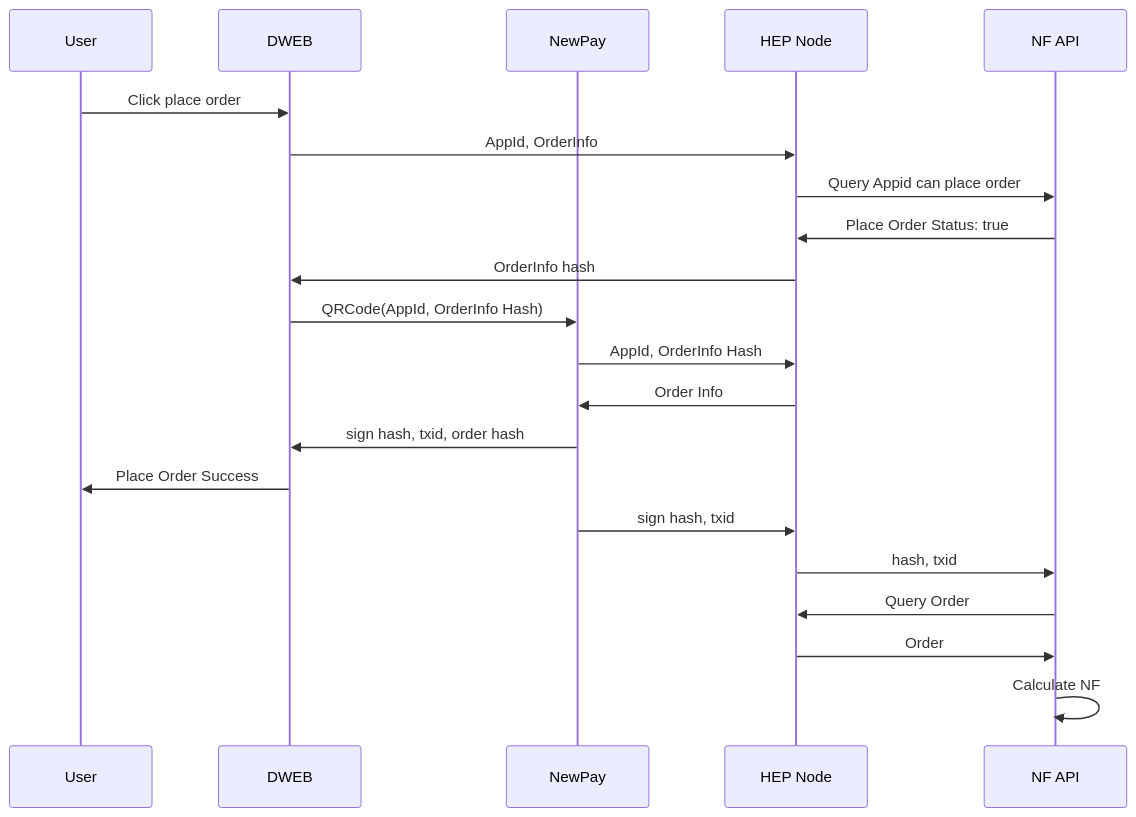
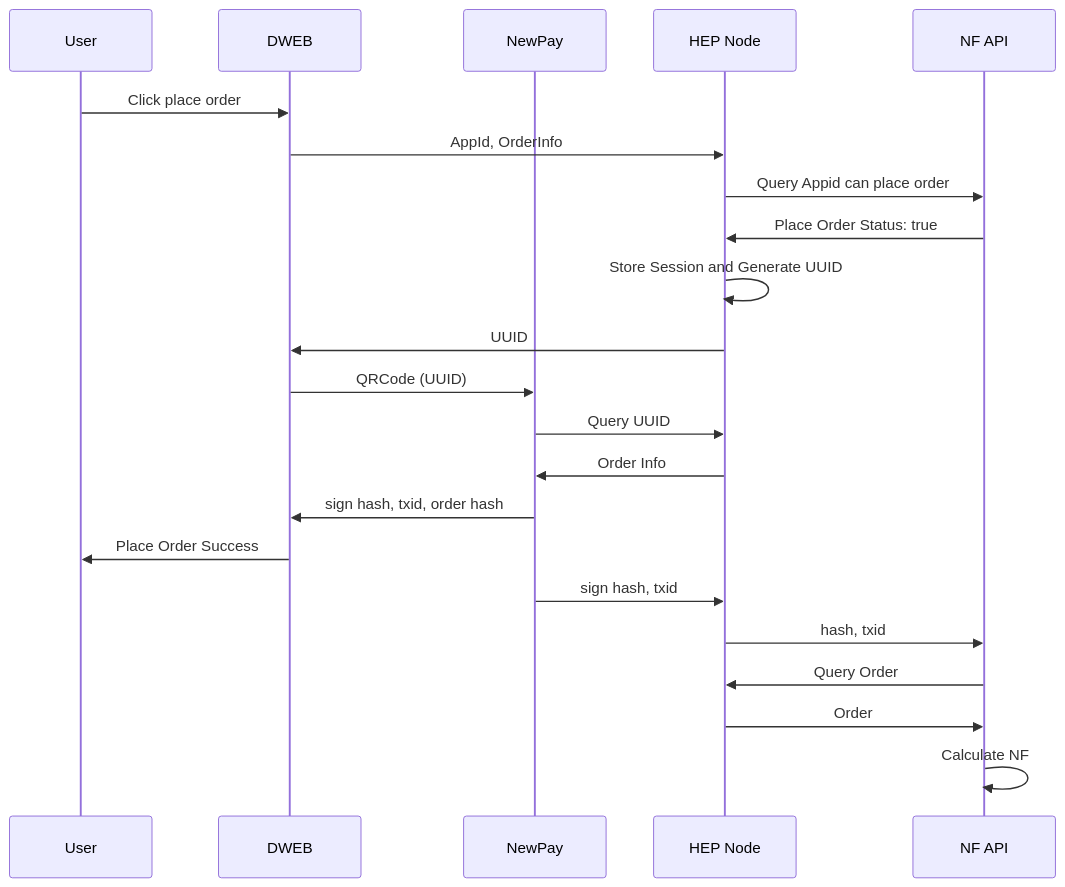
The third of 3 diagrams in DWEB.md (newtonproject/HEP-specification), drawn with Mermaid before and after one commit.

````diff
--- a/DWEB.md
+++ b/DWEB.md
@@ -104,23 +104,24 @@
 ```mermaid
 sequenceDiagram;
 	participant User;
 	participant DWEB;
 	participant NewPay;
 	participant HEP Node;
 	participant NF API;
 	User->>DWEB:Click place order;
 	DWEB->>HEP Node:AppId, OrderInfo;
 	HEP Node->>NF API:Query Appid can place order;
 	NF API->>HEP Node:Place Order Status: true;
-	HEP Node->>DWEB: OrderInfo hash;
-	DWEB->>NewPay: QRCode(AppId, OrderInfo Hash)
-	NewPay->> HEP Node:AppId, OrderInfo Hash;
+	HEP Node->>HEP Node: Store Session and Generate UUID
+    HEP Node->>DWEB: UUID;
+    DWEB->>NewPay: QRCode (UUID)
+    NewPay->>HEP Node: Query UUID
 	HEP Node->>NewPay:Order Info;
 	NewPay->>DWEB:sign hash, txid, order hash;
 	DWEB->>User:Place Order Success;
 	NewPay->>HEP Node:sign hash, txid;
 	HEP Node->>NF API:hash, txid;
 	NF API->>HEP Node:Query Order;
 	HEP Node->>NF API:Order;
 	NF API->>NF API: Calculate NF;
 ```
````
